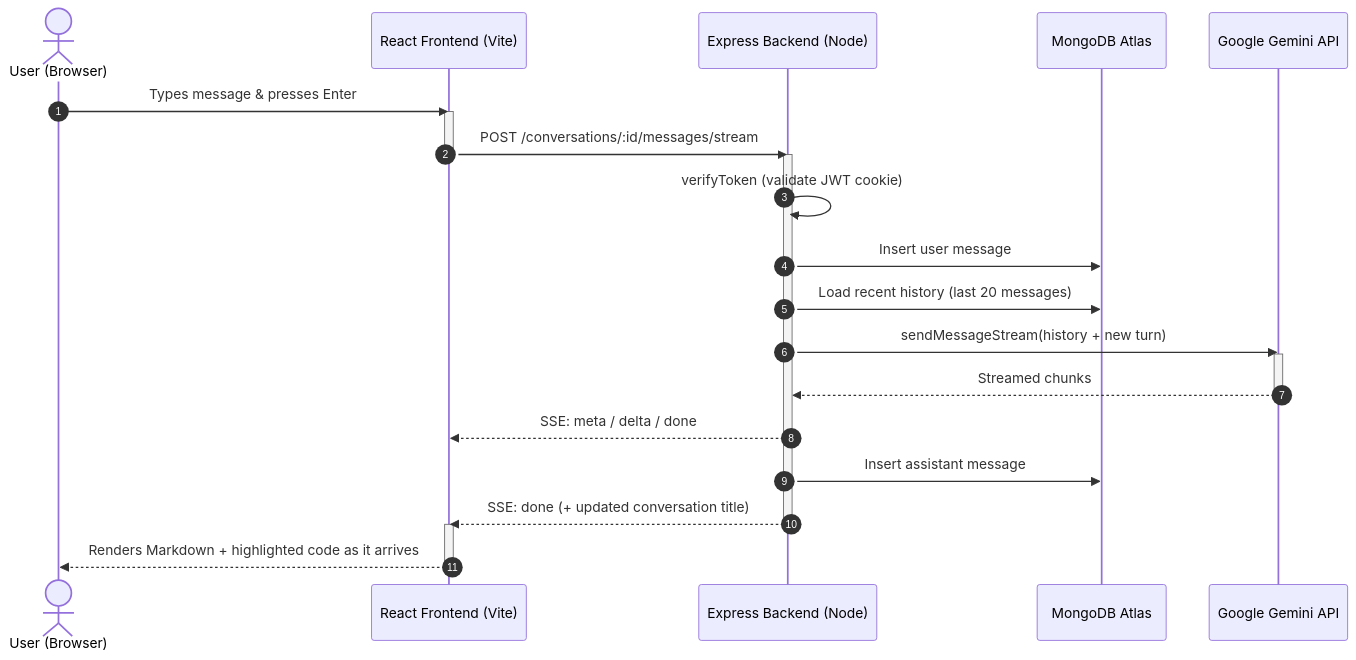
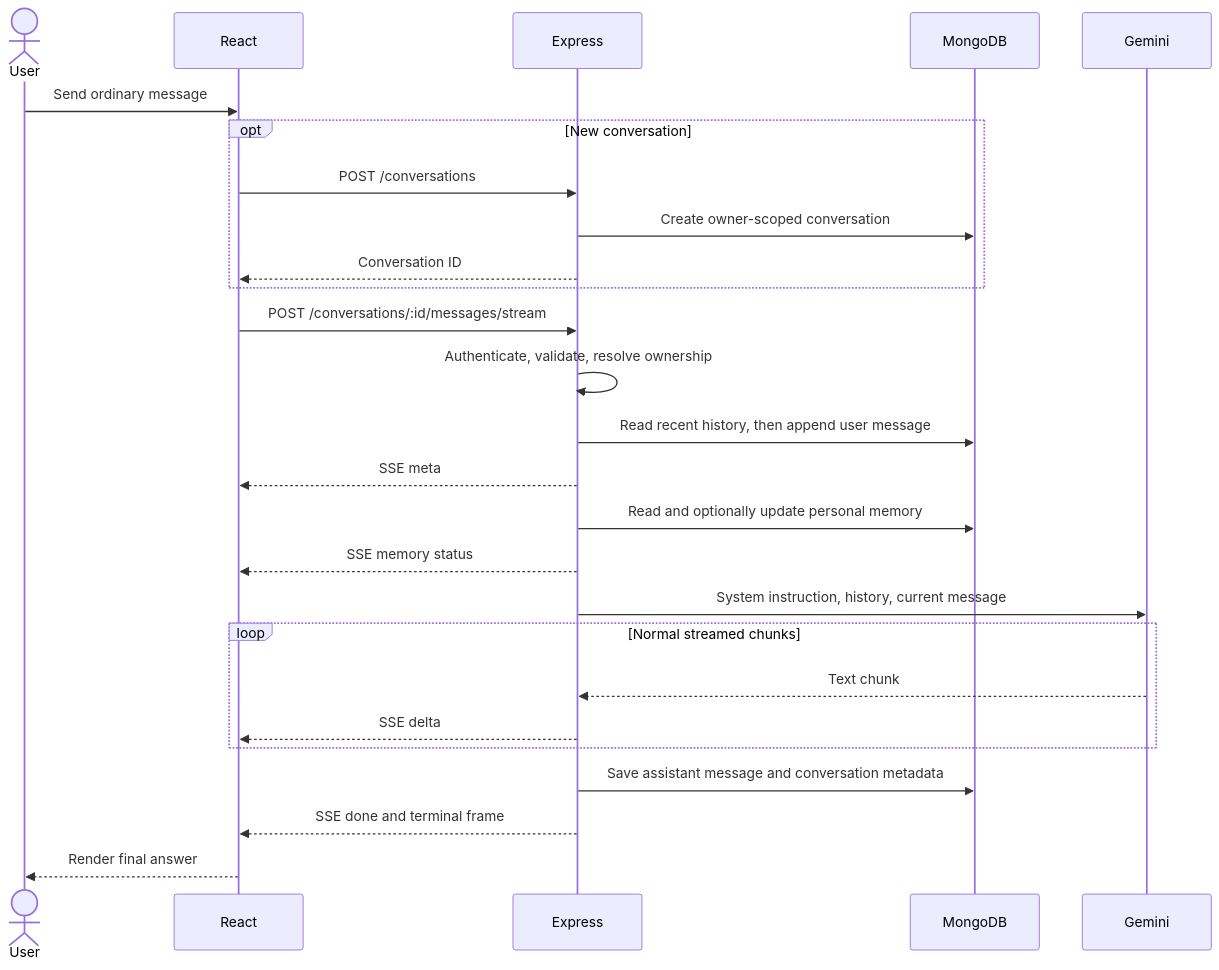
One commit to ayushkhandelwal18/ai_buddy_chatbot changed the second of 7 diagrams in Readme.md. Above: the diagram before and after it, drawn with Mermaid. The commit also changed other lines of this file, not shown here.

````diff
--- a/Readme.md
+++ b/Readme.md
@@ -238,29 +410,28 @@
 ```mermaid
 sequenceDiagram
-    autonumber
-    actor User as User (Browser)
-    participant FE as React Frontend (Vite)
-    participant BE as Express Backend (Node)
-    participant DB as MongoDB Atlas
-    participant Gemini as Google Gemini API
-
-    User->>FE: Types message & presses Enter
-    activate FE
-    FE->>BE: POST /conversations/:id/messages/stream
-    deactivate FE
-    activate BE
-    BE->>BE: verifyToken (validate JWT cookie)
-    BE->>DB: Insert user message
-    BE->>DB: Load recent history (last 20 messages)
-    BE->>Gemini: sendMessageStream(history + new turn)
-    activate Gemini
-    Gemini-->>BE: Streamed chunks
-    deactivate Gemini
-    BE-->>FE: SSE: meta / delta / done
-    BE->>DB: Insert assistant message
-    BE-->>FE: SSE: done (+ updated conversation title)
-    deactivate BE
-    activate FE
-    FE-->>User: Renders Markdown + highlighted code as it arrives
-    deactivate FE
+    actor User
+    participant UI as React
+    participant API as Express
+    participant DB as MongoDB
+    participant AI as Gemini
+    User->>UI: Send ordinary message
+    opt New conversation
+        UI->>API: POST /conversations
+        API->>DB: Create owner-scoped conversation
+        API-->>UI: Conversation ID
+    end
+    UI->>API: POST /conversations/:id/messages/stream
+    API->>API: Authenticate, validate, resolve ownership
+    API->>DB: Read recent history, then append user message
+    API-->>UI: SSE meta
+    API->>DB: Read and optionally update personal memory
+    API-->>UI: SSE memory status
+    API->>AI: System instruction, history, current message
+    loop Normal streamed chunks
+        AI-->>API: Text chunk
+        API-->>UI: SSE delta
+    end
+    API->>DB: Save assistant message and conversation metadata
+    API-->>UI: SSE done and terminal frame
+    UI-->>User: Render final answer
 ```
````
